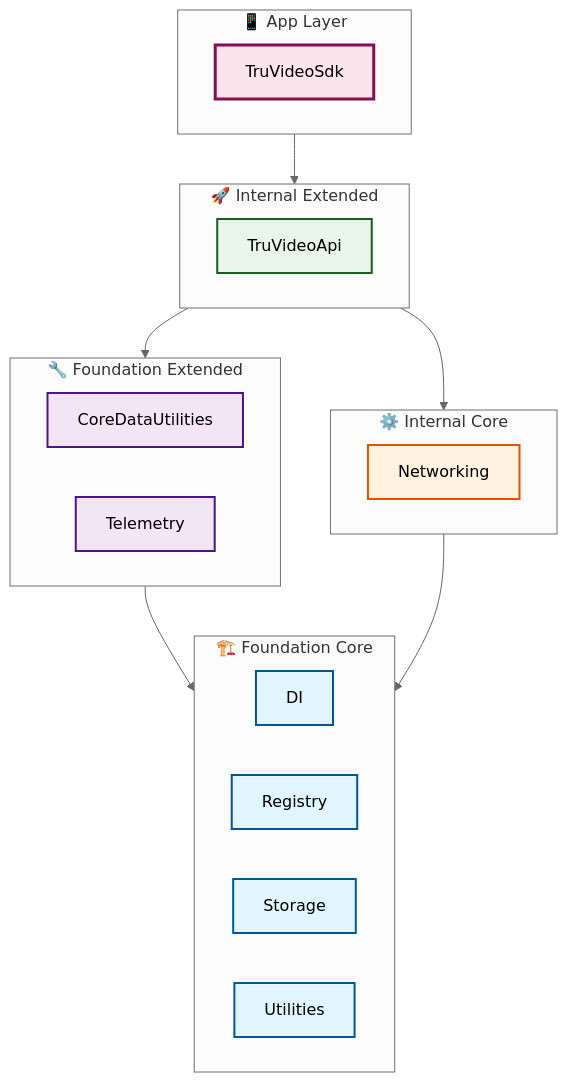
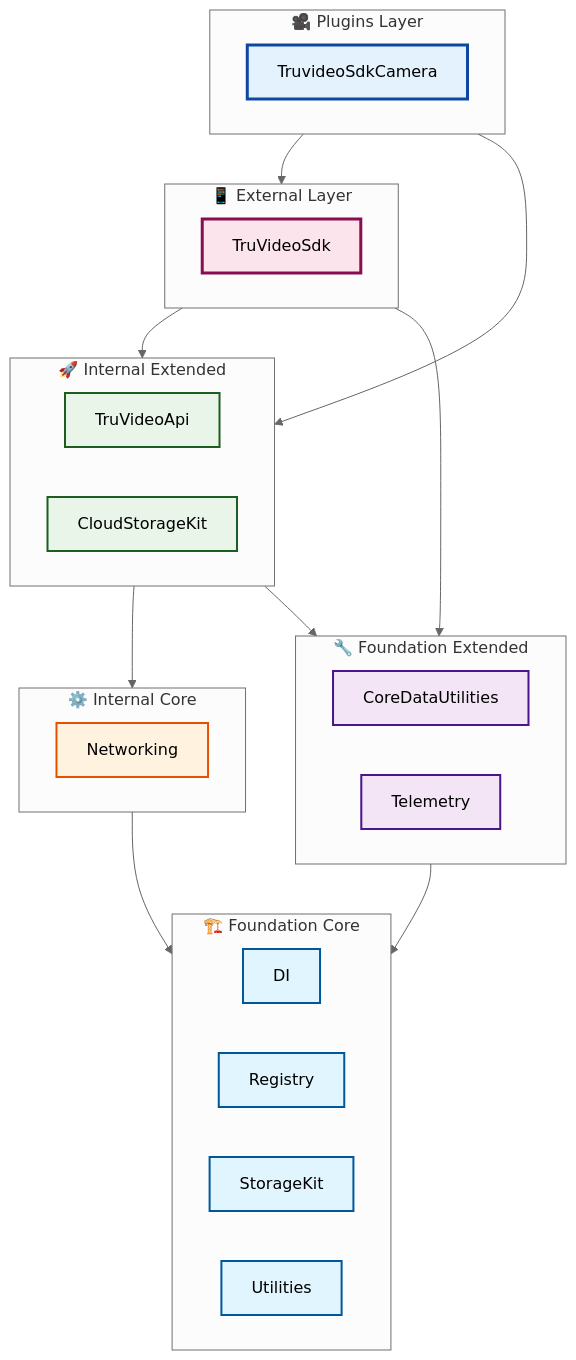
The diagram in README.md (Truvideo/truvideo-sdk-ios-camera), drawn with Mermaid (neutral theme) before and after one commit. The commit also changed other lines of this file and 3 other files, not shown here.

````diff
--- a/README.md
+++ b/README.md
@@ -176,52 +184,63 @@
 ```mermaid
 graph TD
     %% Styling
     classDef foundationCore fill:#e1f5fe,stroke:#01579b,stroke-width:2px,color:#000
     classDef foundationExtended fill:#f3e5f5,stroke:#4a148c,stroke-width:2px,color:#000
     classDef internalCore fill:#fff3e0,stroke:#e65100,stroke-width:2px,color:#000
     classDef internalExtended fill:#e8f5e8,stroke:#1b5e20,stroke-width:2px,color:#000
-    classDef appLayer fill:#fce4ec,stroke:#880e4f,stroke-width:3px,color:#000
+    classDef externalLayer fill:#fce4ec,stroke:#880e4f,stroke-width:3px,color:#000
+    classDef pluginsLayer fill:#e3f2fd,stroke:#0d47a1,stroke-width:3px,color:#000
 
     %% Foundation Core Layer
     subgraph FoundationCore ["🏗️ Foundation Core"]
         DI["DI"]
         Registry["Registry"]
-        Storage["Storage"]
+        StorageKit["StorageKit"]
         Utilities["Utilities"]
     end
 
     %% Foundation Extended Layer
     subgraph FoundationExtended ["🔧 Foundation Extended"]
         CoreDataUtilities["CoreDataUtilities"]
         Telemetry["Telemetry"]
     end
 
     %% Internal Core Layer
     subgraph InternalCore ["⚙️ Internal Core"]
         Networking["Networking"]
     end
 
     %% Internal Extended Layer
     subgraph InternalExtended ["🚀 Internal Extended"]
         TruVideoApi["TruVideoApi"]
+        CloudStorageKit["CloudStorageKit"]
     end
 
-    %% App Layer
-    subgraph AppLayer ["📱 App Layer"]
+    %% External Layer
+    subgraph ExternalLayer ["📱 External Layer"]
         TruVideoSdk["TruVideoSdk"]
+    end
+
+    %% Plugins Layer
+    subgraph PluginsLayer ["🎥 Plugins Layer"]
+        TruvideoSdkCamera["TruvideoSdkCamera"]
     end
 
     %% Layer dependencies
     FoundationExtended --> FoundationCore
     InternalCore --> FoundationCore
     InternalExtended --> InternalCore
     InternalExtended --> FoundationExtended
-    AppLayer --> InternalExtended
+    ExternalLayer --> InternalExtended
+    ExternalLayer --> FoundationExtended
+    PluginsLayer --> ExternalLayer
+    PluginsLayer --> InternalExtended
 
     %% Apply styling
-    class DI,Registry,Storage,Utilities foundationCore
+    class DI,Registry,StorageKit,Utilities foundationCore
     class CoreDataUtilities,Telemetry foundationExtended
     class Networking internalCore
-    class TruVideoApi internalExtended
-    class TruVideoSdk appLayer
+    class TruVideoApi,CloudStorageKit internalExtended
+    class TruVideoSdk externalLayer
+    class TruvideoSdkCamera pluginsLayer
 ```
````
